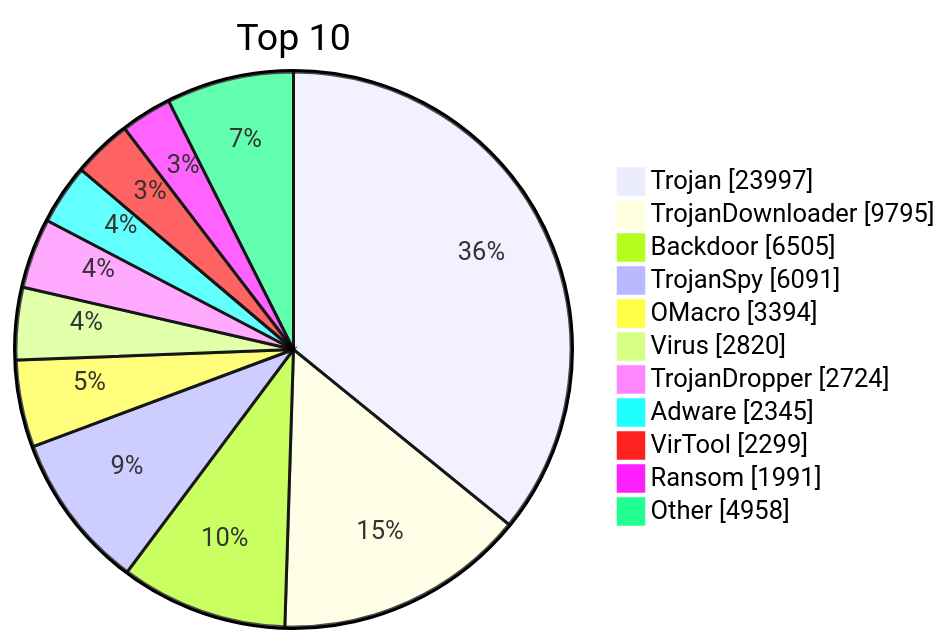
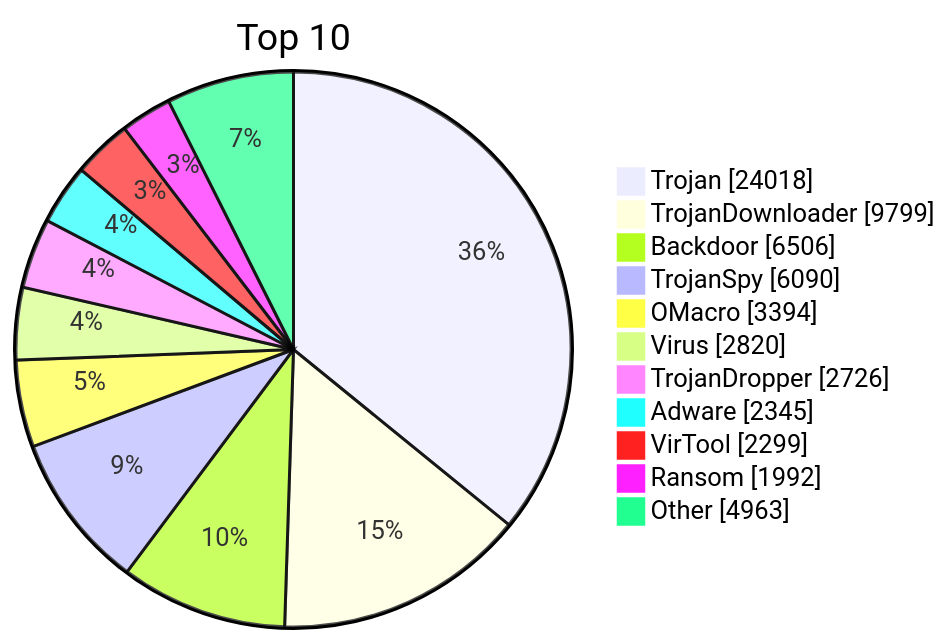
The diagram in README.md (JerryLinLinLin/huorong-virdb-changelog), drawn with Mermaid before and after one commit. The commit also changed other lines of this file and 15 other files, not shown here.

````diff
--- a/README.md
+++ b/README.md
@@ -19,15 +19,15 @@
 ```mermaid
 pie showData
     title Top 10
-    "Trojan" : 23997
-    "TrojanDownloader" : 9795
-    "Backdoor" : 6505
-    "TrojanSpy" : 6091
+    "Trojan" : 24018
+    "TrojanDownloader" : 9799
+    "Backdoor" : 6506
+    "TrojanSpy" : 6090
     "OMacro" : 3394
     "Virus" : 2820
-    "TrojanDropper" : 2724
+    "TrojanDropper" : 2726
     "Adware" : 2345
     "VirTool" : 2299
-    "Ransom" : 1991
-    "Other" : 4958
+    "Ransom" : 1992
+    "Other" : 4963
 ```
````
